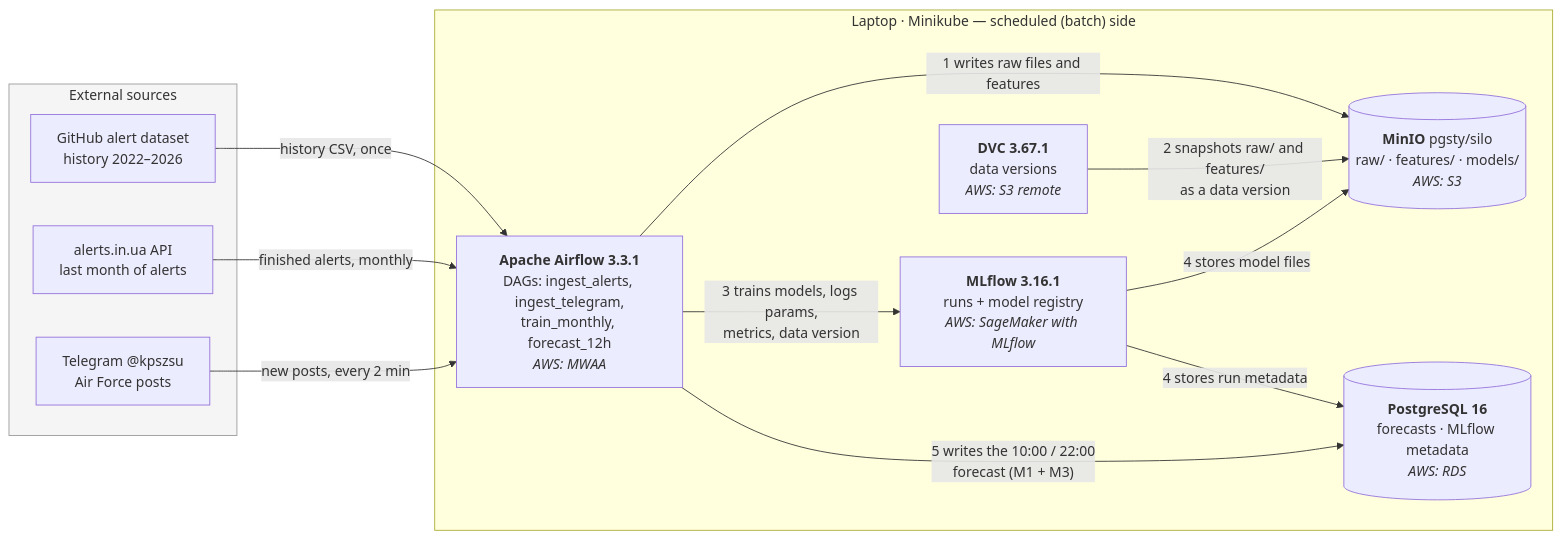
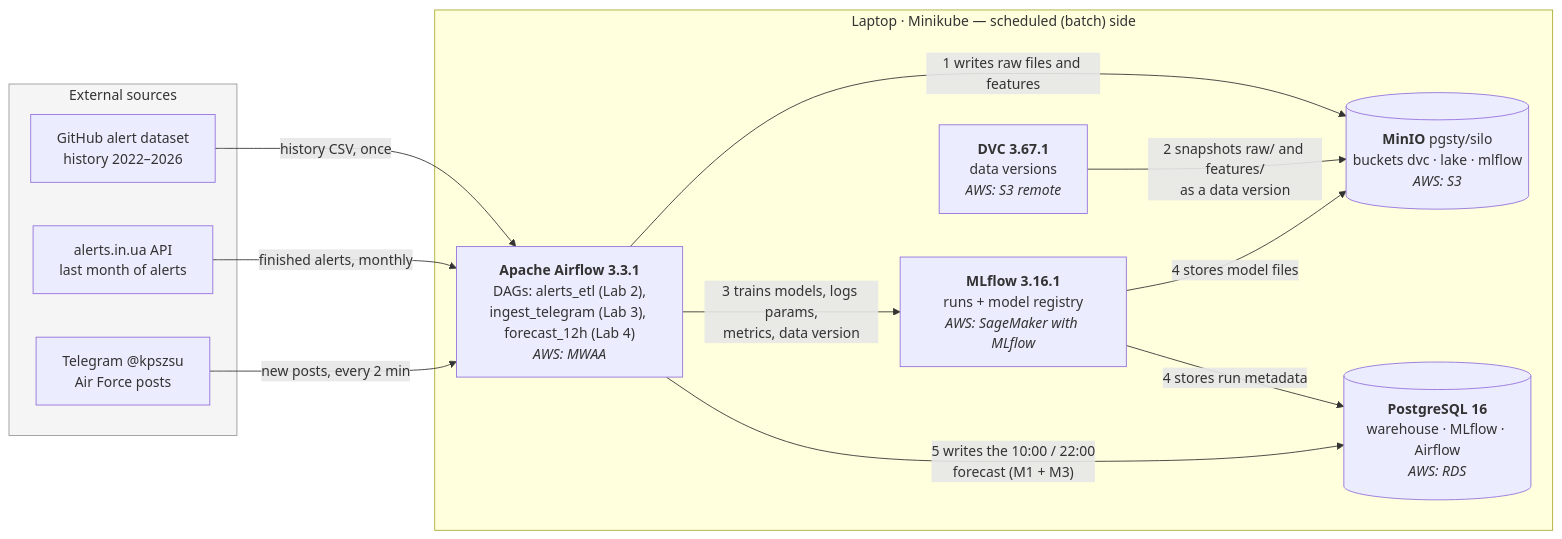
Before and after one commit to kvitoslava-yarish/mlops-2026: the third of 4 diagrams in docs/design.md, drawn with Mermaid. The commit also changed other lines of this file and 54 other files, not shown here.

First line of the commit message:
Lab 2: DVC data, monthly Airflow ETL with quality gate, baselines, MLflow lineage

````diff
--- a/docs/design.md
+++ b/docs/design.md
@@ -310,25 +321,25 @@
 ```mermaid
 flowchart LR
     subgraph src["External sources"]
         gh["GitHub alert dataset<br/>history 2022–2026"]
         aiu["alerts.in.ua API<br/>last month of alerts"]
         tg["Telegram @kpszsu<br/>Air Force posts"]
     end
     subgraph laptop["Laptop · Minikube — scheduled (batch) side"]
-        af["<b>Apache Airflow 3.3.1</b><br/>DAGs: ingest_alerts, ingest_telegram,<br/>train_monthly, forecast_12h<br/><i>AWS: MWAA</i>"]
-        minio[("<b>MinIO</b> pgsty/silo<br/>raw/ · features/ · models/<br/><i>AWS: S3</i>")]
+        af["<b>Apache Airflow 3.3.1</b><br/>DAGs: alerts_etl (Lab 2),<br/>ingest_telegram (Lab 3), forecast_12h (Lab 4)<br/><i>AWS: MWAA</i>"]
+        minio[("<b>MinIO</b> pgsty/silo<br/>buckets dvc · lake · mlflow<br/><i>AWS: S3</i>")]
         dvc["<b>DVC 3.67.1</b><br/>data versions<br/><i>AWS: S3 remote</i>"]
         mlf["<b>MLflow 3.16.1</b><br/>runs + model registry<br/><i>AWS: SageMaker with MLflow</i>"]
-        pg[("<b>PostgreSQL 16</b><br/>forecasts · MLflow metadata<br/><i>AWS: RDS</i>")]
+        pg[("<b>PostgreSQL 16</b><br/>warehouse · MLflow · Airflow<br/><i>AWS: RDS</i>")]
     end
     gh -- "history CSV, once" --> af
     aiu -- "finished alerts, monthly" --> af
     tg -- "new posts, every 2 min" --> af
     af -- "1 writes raw files and features" --> minio
     dvc -- "2 snapshots raw/ and features/<br/>as a data version" --> minio
     af -- "3 trains models, logs params,<br/>metrics, data version" --> mlf
     mlf -- "4 stores model files" --> minio
     mlf -- "4 stores run metadata" --> pg
     af -- "5 writes the 10:00 / 22:00<br/>forecast (M1 + M3)" --> pg
     style src fill:#f5f5f5,stroke:#999
 ```
````
